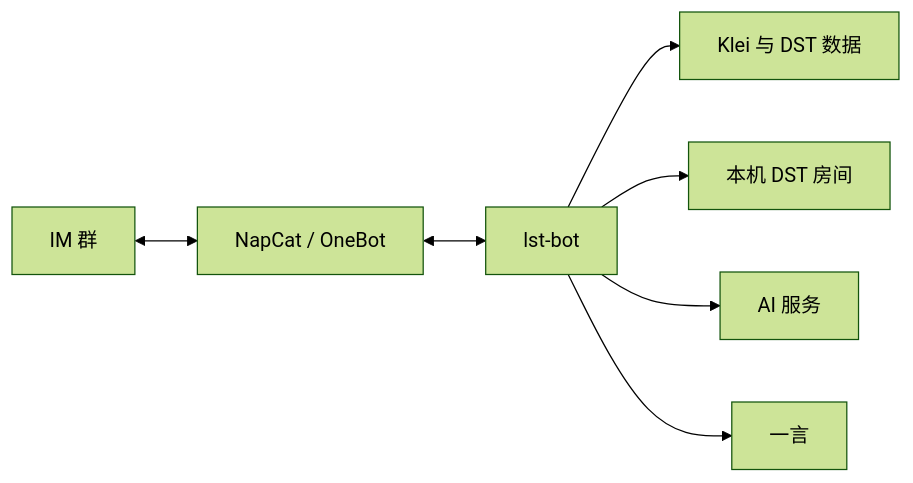
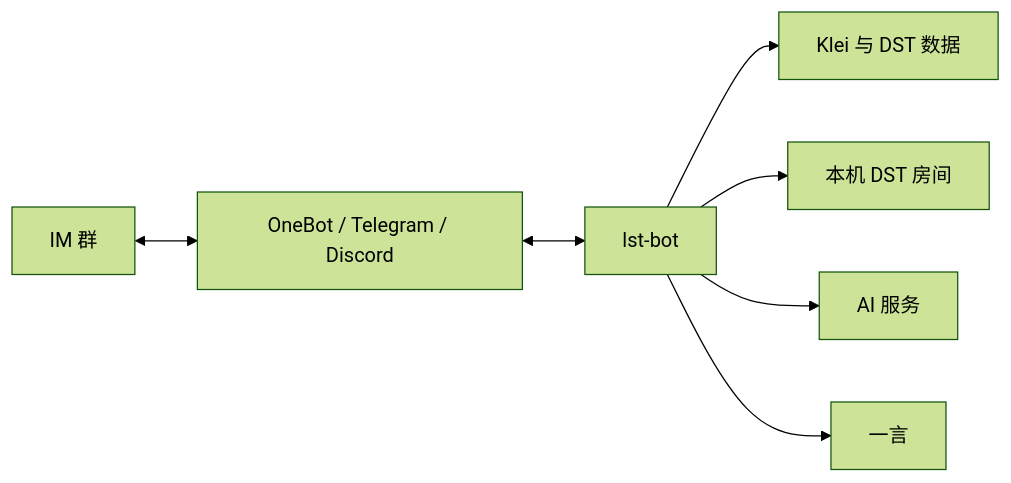
Before and after one commit to LetsStarveTogether/lst-bot: the diagram in README.zh-Hans.md, drawn with Mermaid (forest theme). The commit also changed other lines of this file and 75 other files, not shown here.

Commit message:
feat(bot): add Telegram, Discord, and QQ gateways

````diff
--- a/README.zh-Hans.md
+++ b/README.zh-Hans.md
@@ -23,9 +23,9 @@
 ```mermaid
 flowchart LR
-    Chat[IM 群] <--> Gateway[NapCat / OneBot]
+    Chat[IM 群] <--> Gateway[OneBot / Telegram / Discord]
     Gateway <--> Bot[lst-bot]
     Bot --> Game[Klei 与 DST 数据]
     Bot --> Rooms[本机 DST 房间]
     Bot --> AI[AI 服务]
     Bot --> Hitokoto[一言]
 ```
````
